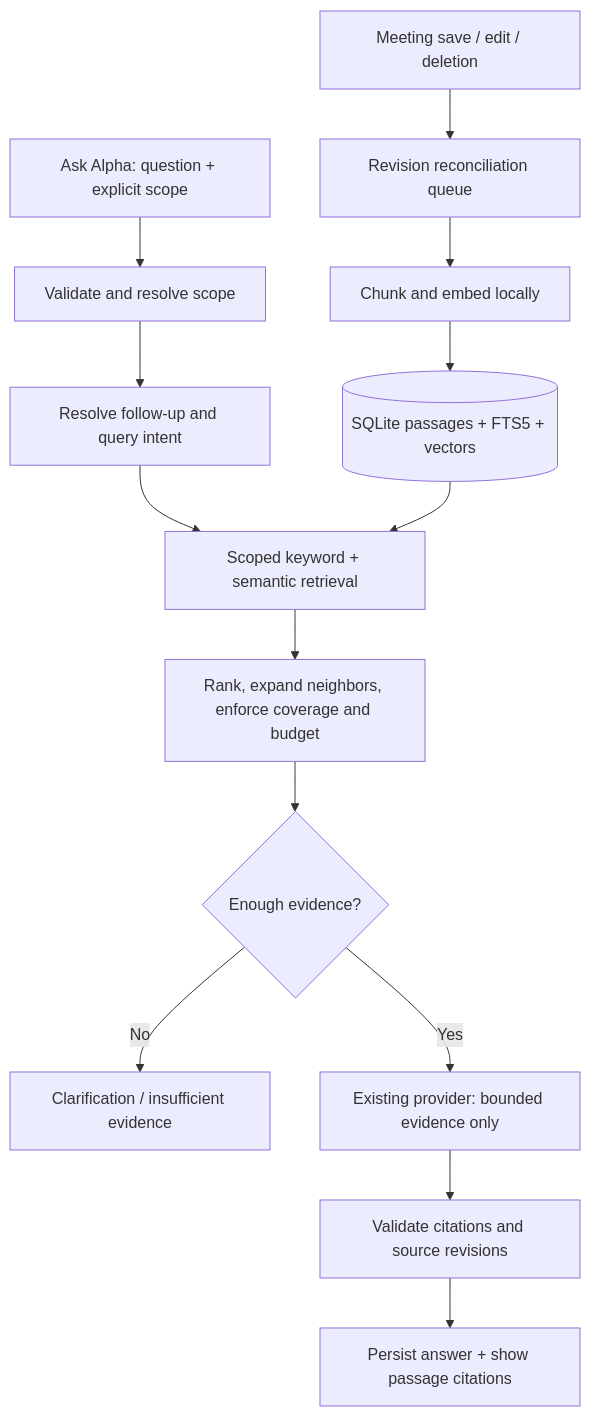
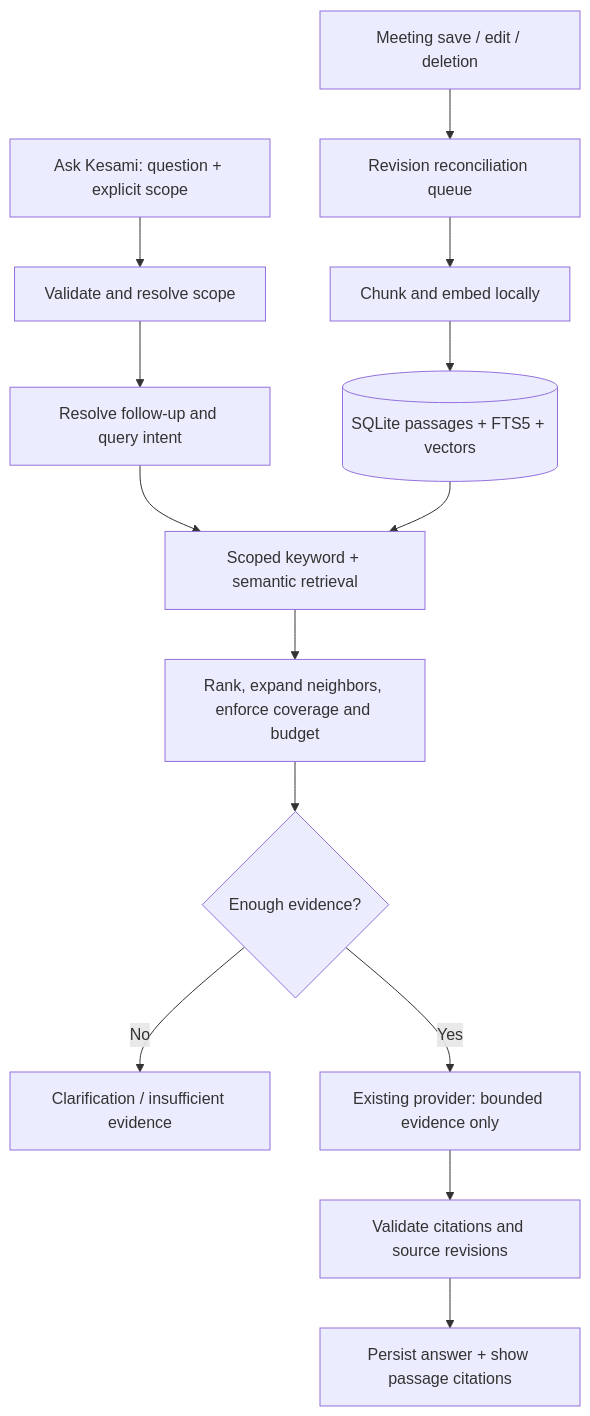
Before and after one commit to xenxorowdy/meeting-app: the diagram in docs/MEETING-CHAT-ARCHITECTURE.md, drawn with Mermaid. The commit also changed other lines of this file and 291 other files, not shown here.

````diff
--- a/docs/MEETING-CHAT-ARCHITECTURE.md
+++ b/docs/MEETING-CHAT-ARCHITECTURE.md
@@ -41,16 +41,16 @@
 ```mermaid
 flowchart TD
     A[Meeting save / edit / deletion] --> B[Revision reconciliation queue]
     B --> C[Chunk and embed locally]
     C --> D[(SQLite passages + FTS5 + vectors)]
-    U[Ask Alpha: question + explicit scope] --> V[Validate and resolve scope]
+    U[Ask Kesami: question + explicit scope] --> V[Validate and resolve scope]
     V --> P[Resolve follow-up and query intent]
     P --> R[Scoped keyword + semantic retrieval]
     D --> R
     R --> K[Rank, expand neighbors, enforce coverage and budget]
     K --> E{Enough evidence?}
     E -->|No| N[Clarification / insufficient evidence]
     E -->|Yes| L[Existing provider: bounded evidence only]
     L --> Z[Validate citations and source revisions]
     Z --> T[Persist answer + show passage citations]
 ```
````
